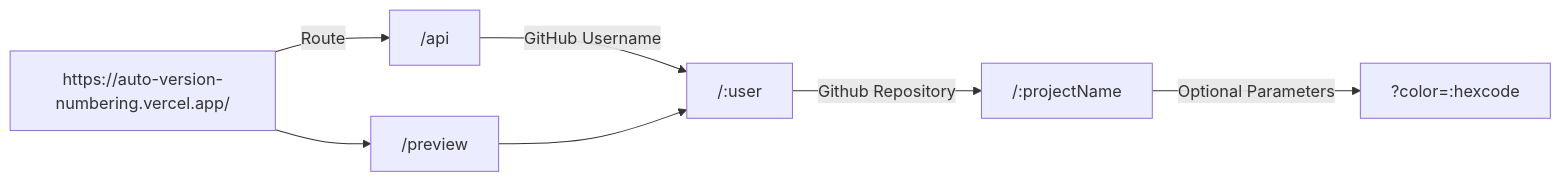
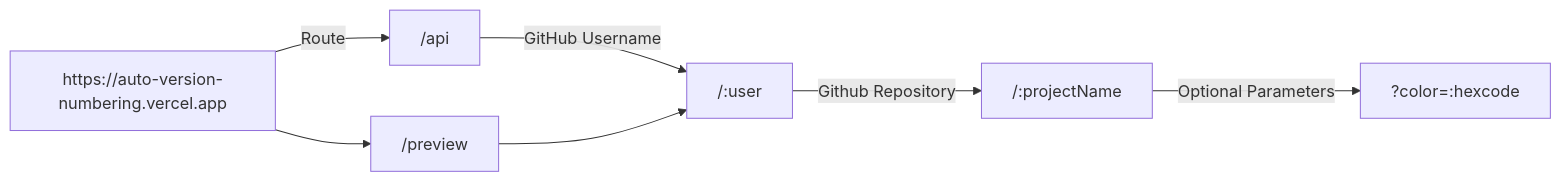
One commit to Cutwell/auto-version-numbering changed the diagram in README.md. Above: the diagram before and after it, drawn with Mermaid.

````diff
--- a/README.md
+++ b/README.md
@@ -7,9 +7,9 @@
 ```mermaid
 graph LR
-    A["https://auto-version-numbering.vercel.app/"] -->|Route| B["/api"]
+    A["https://auto-version-numbering.vercel.app"] -->|Route| B["/api"]
     A --> C["/preview"]
     B -->|GitHub Username| D["/:user"]
     C --> D
     D -- Github Repository --> E["/:projectName"]
     E -- Optional Parameters --> F["?color=:hexcode"]
 ```
````
